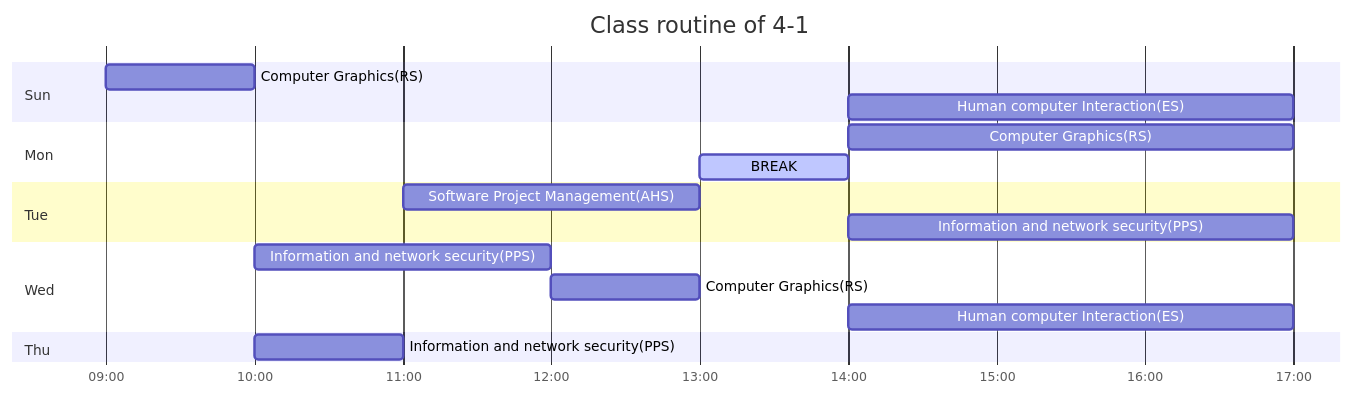
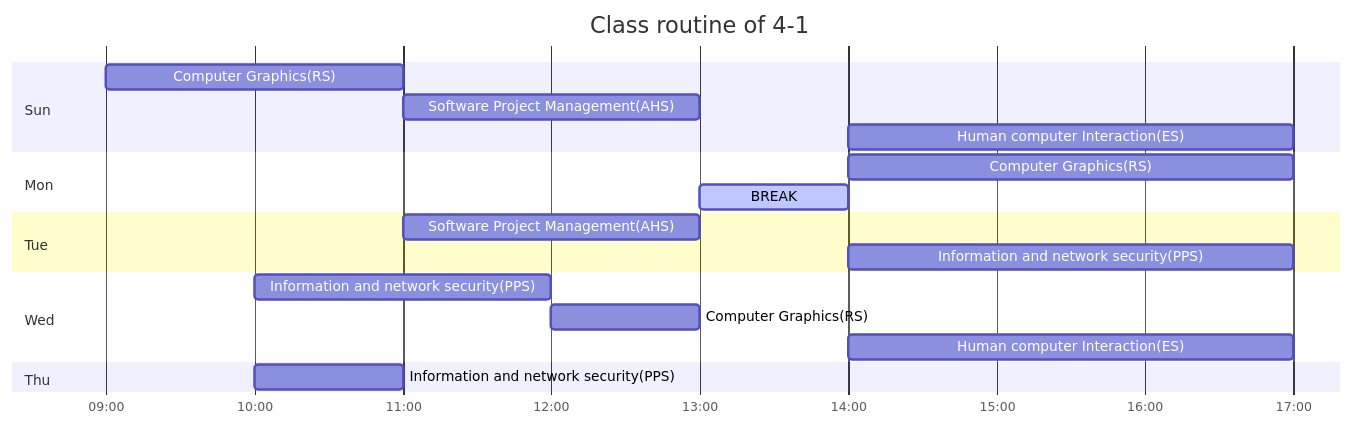
The diagram in Semester 4-1/README.md (whereisfarukk/Studymaterial), drawn with Mermaid before and after one commit.

````diff
--- a/Semester 4-1/README.md
+++ b/Semester 4-1/README.md
@@ -1,28 +1,29 @@
 ```mermaid
       gantt
       dateFormat  HH-mm
        axisFormat %H:%M
 
 
        title Class routine of 4-1
        
        section  Sun
-       Computer Graphics(RS)      :09-00, 10-00
+       Computer Graphics(RS)      :09-00, 11-00
+       Software Project Management(AHS)      :11-00, 13-00
        Human computer Interaction(ES)      :14-00,17-00
 
        section Mon
        Computer Graphics(RS)       :14-00,17-00
         BREAK                  : active,13-00,14-00
 
        section Tue
         Software Project Management(AHS)      :11-00, 13-00
         Information and network security(PPS)      :14-00,17-00
        section Wed
         Information and network security(PPS)      :10-00, 12-00
         Computer Graphics(RS)      :12-00,13-00
         Human computer Interaction(ES)      :14-00,17-00
 
        section Thu
         Information and network security(PPS)       :10-00, 11-00
     
 ```
````
